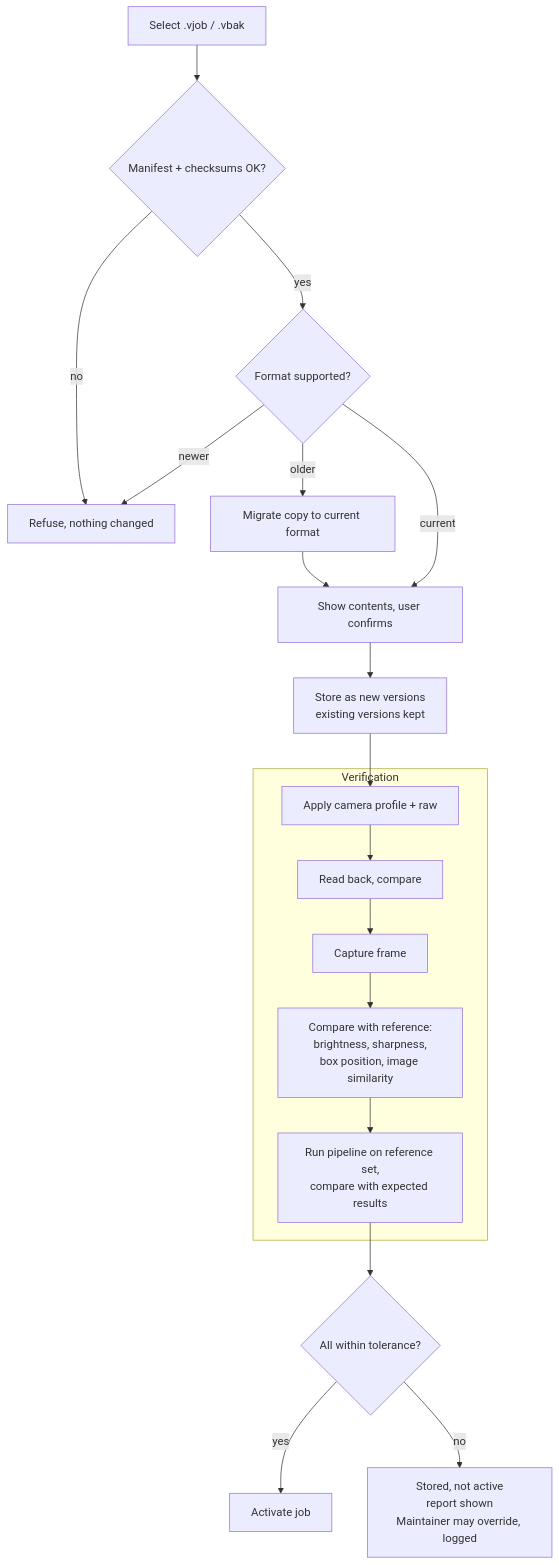
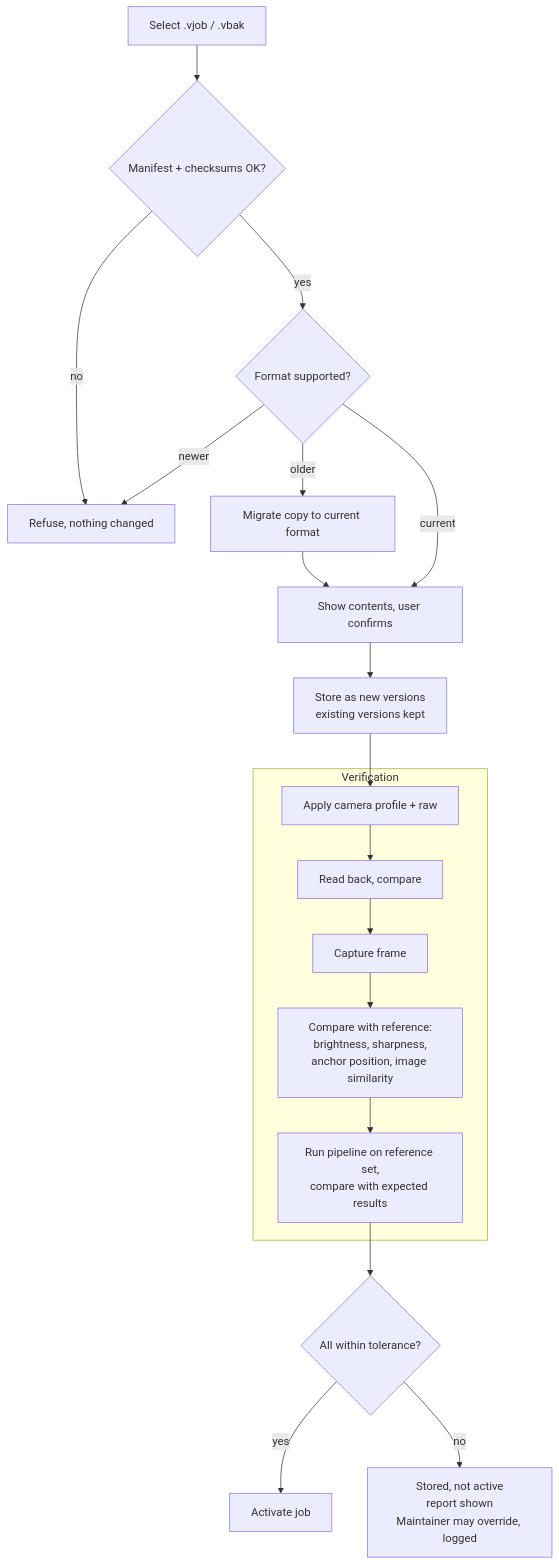
The fifth of 5 diagrams in docs/architecture.md (LucasSiedschlag/vision-station), drawn with Mermaid before and after one commit. The commit also changed other lines of this file and 8 other files, not shown here.

Commit message:
refactor(jobs): rename checks to tools and box to anchor, add trigger modes and job texts

````diff
--- a/docs/architecture.md
+++ b/docs/architecture.md
@@ -402,21 +407,21 @@
 ```mermaid
 flowchart TD
     A["Select .vjob / .vbak"] --> B{"Manifest + checksums OK?"}
     B -- no --> X["Refuse, nothing changed"]
     B -- yes --> C{"Format supported?"}
     C -- older --> M["Migrate copy to current format"]
     C -- newer --> X
     M --> D
     C -- current --> D["Show contents, user confirms"]
     D --> E["Store as new versions<br/>existing versions kept"]
     E --> F1
     subgraph VER["Verification"]
         F1["Apply camera profile + raw"] --> F2["Read back, compare"]
         F2 --> F3["Capture frame"]
-        F3 --> F4["Compare with reference:<br/>brightness, sharpness,<br/>box position, image similarity"]
+        F3 --> F4["Compare with reference:<br/>brightness, sharpness,<br/>anchor position, image similarity"]
         F4 --> F5["Run pipeline on reference set,<br/>compare with expected results"]
     end
     F5 --> G{"All within tolerance?"}
     G -- yes --> H["Activate job"]
     G -- no --> I["Stored, not active<br/>report shown<br/>Maintainer may override, logged"]
 ```
````
